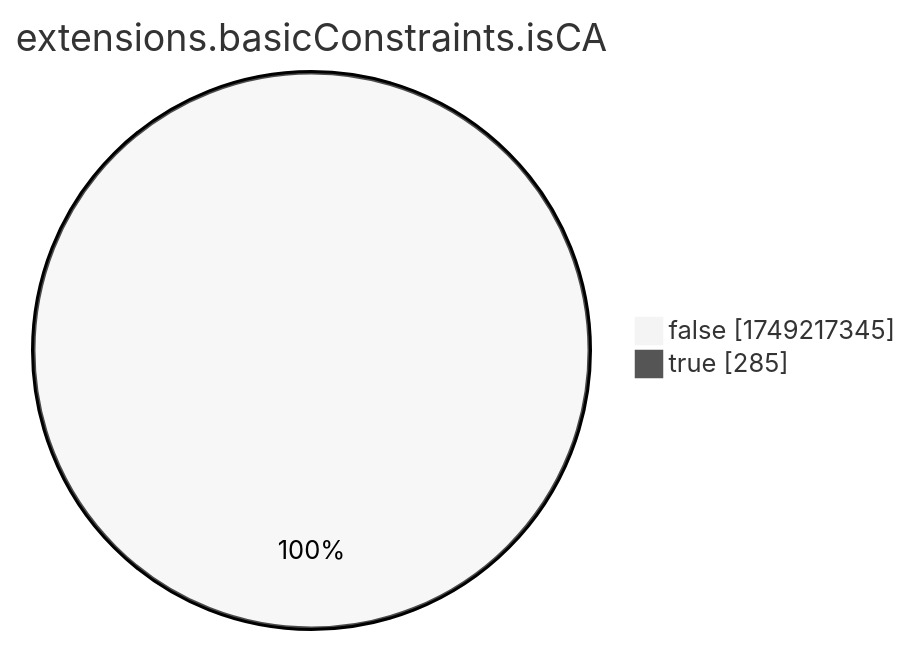
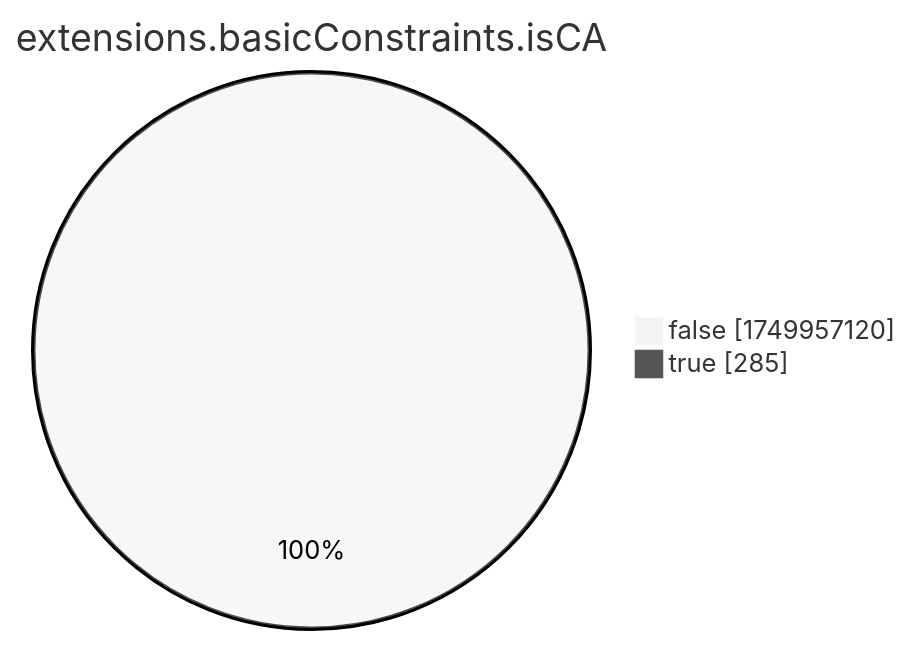
Before and after one commit to christiankrug/ctmonitor_visualization: the eighth of 15 diagrams in xenon2022/README.md, drawn with Mermaid (neutral theme). The commit also changed other lines of this file, not shown here.

````diff
--- a/xenon2022/README.md
+++ b/xenon2022/README.md
@@ -2867,6 +2867,6 @@
 ```mermaid
 pie showData
 title extensions.basicConstraints.isCA
-"false" :1749217345
+"false" :1749957120
 "true" :285
 ```
````
